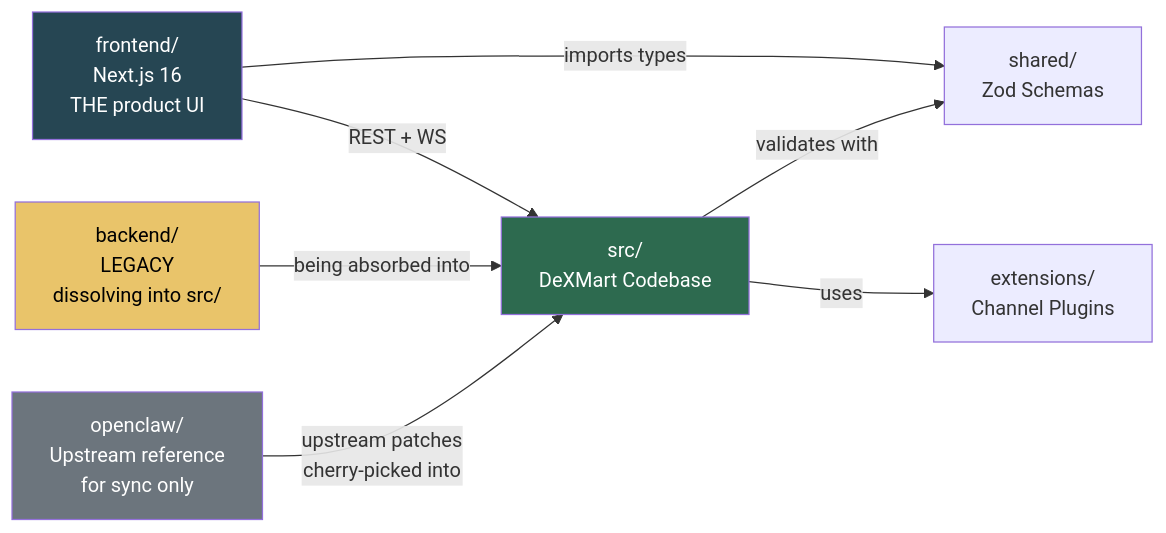
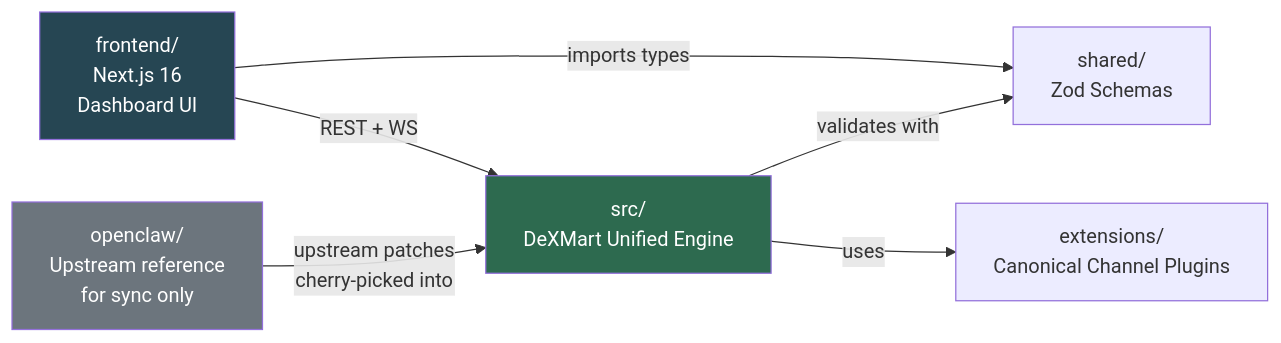
Diagram 13 of 15 in docs/architecture/SYSTEM_DIAGRAMS.md (SplashCodeDex/DeXMart), drawn with Mermaid before and after one commit. The commit also changed other lines of this file and 46 other files, not shown here.

````diff
--- a/docs/architecture/SYSTEM_DIAGRAMS.md
+++ b/docs/architecture/SYSTEM_DIAGRAMS.md
@@ -616,22 +604,19 @@
 ```mermaid
 graph LR
-    ROOT[src/<br/>DeXMart Codebase]
+    ROOT[src/<br/>DeXMart Unified Engine]
 
-    FE[frontend/<br/>Next.js 16<br/>THE product UI]
-    BE[backend/<br/>LEGACY<br/>dissolving into src/]
+    FE[frontend/<br/>Next.js 16<br/>Dashboard UI]
     OC[openclaw/<br/>Upstream reference<br/>for sync only]
     SH[shared/<br/>Zod Schemas]
-    EXT[extensions/<br/>Channel Plugins]
+    EXT[extensions/<br/>Canonical Channel Plugins]
 
     FE -->|imports types| SH
     FE -->|REST + WS| ROOT
-    BE -->|being absorbed into| ROOT
     OC -->|upstream patches<br/>cherry-picked into| ROOT
     ROOT -->|uses| EXT
     ROOT -->|validates with| SH
 
     style ROOT fill:#2d6a4f,color:#fff
     style FE fill:#264653,color:#fff
     style OC fill:#6c757d,color:#fff
-    style BE fill:#e9c46a,color:#000
 ```
````
